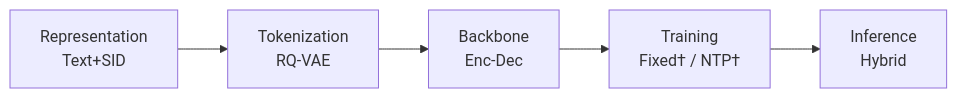
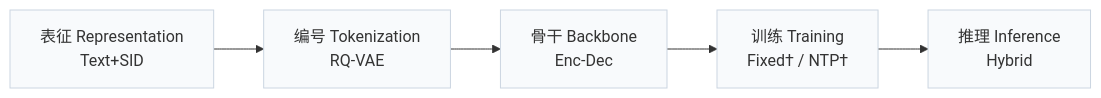
The first of 2 diagrams in pages/zh/papers/gr-generalize.md (Galaxy-ghost/Awesome-SID-Generative-Rec), drawn with Mermaid before and after one commit. The commit also changed other lines of this file and 649 other files, not shown here.

Commit message:
writer-05: also tags and modality index (schema, check, build, visuals); summary field removed; calibration data for 12 papers

````diff
--- a/pages/zh/papers/gr-generalize.md
+++ b/pages/zh/papers/gr-generalize.md
@@ -13,4 +15,6 @@
 ```mermaid
 flowchart LR
-    R["Representation<br/>Text+SID"] --> T["Tokenization<br/>RQ-VAE"] --> B["Backbone<br/>Enc-Dec"] --> TR["Training<br/>Fixed† / NTP†"] --> I["Inference<br/>Hybrid"]
+    R["表征 Representation<br/>Text+SID"] --> T["编号 Tokenization<br/>RQ-VAE"] --> B["骨干 Backbone<br/>Enc-Dec"] --> TR["训练 Training<br/>Fixed† / NTP†"] --> I["推理 Inference<br/>Hybrid"]
+    classDef base fill:#f8fafc,stroke:#cbd5e1
+    class R,T,B,TR,I base
 ```
````
